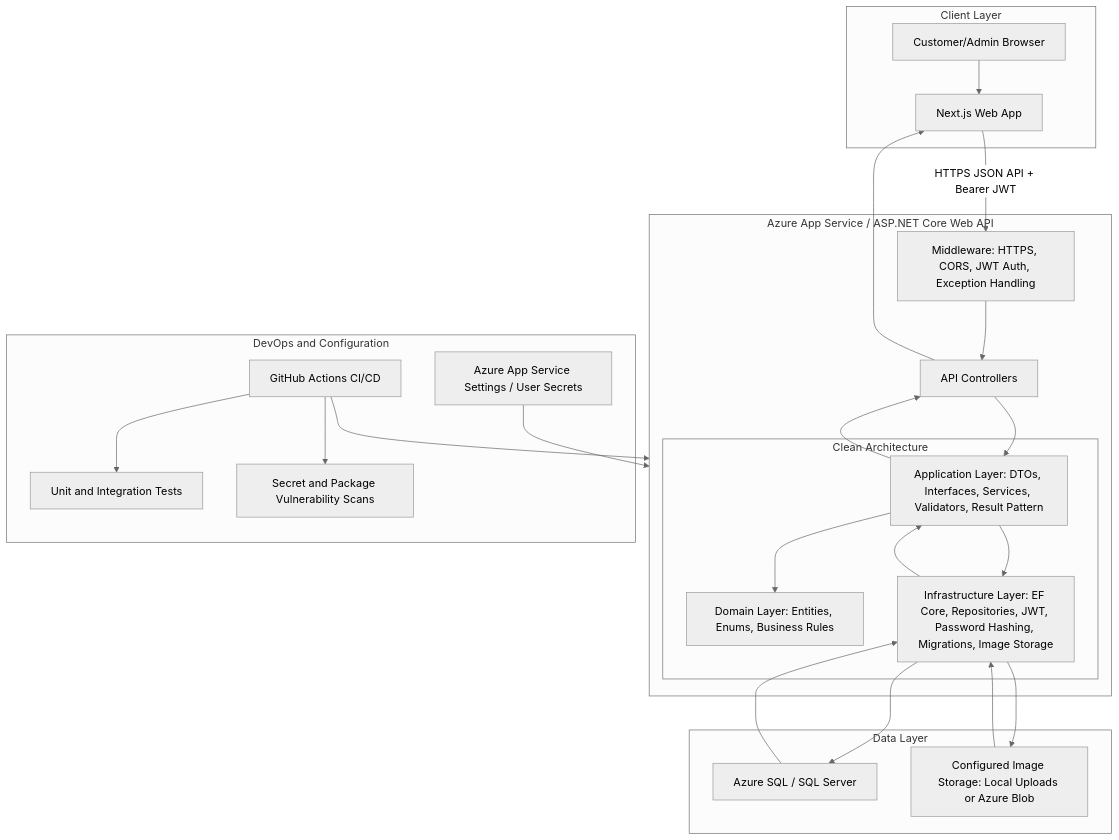
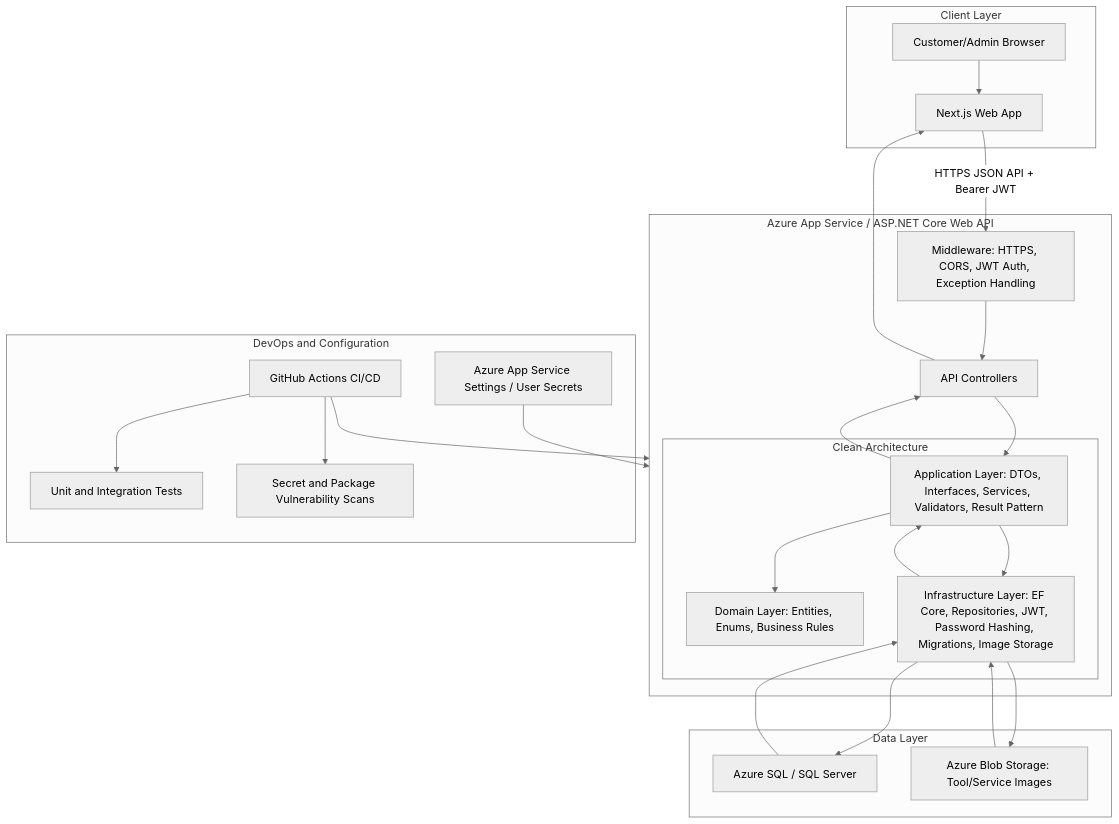
The fifth of 10 diagrams in docs/FUNCTIONAL-DESIGN-DIAGRAMS.md (SEPP-2026/ReviewPortal-API), drawn with Mermaid (neutral theme) before and after one commit. The commit also changed 21 other files, not shown here.

Commit message:
MP-141-Added Azure blob for Image Upload

````diff
--- a/docs/FUNCTIONAL-DESIGN-DIAGRAMS.md
+++ b/docs/FUNCTIONAL-DESIGN-DIAGRAMS.md
@@ -384,49 +384,49 @@
 ```mermaid
 flowchart TB
     subgraph ClientLayer["Client Layer"]
         Browser["Customer/Admin Browser"]
         NextJs["Next.js Web App"]
     end
 
     subgraph ApiHost["Azure App Service / ASP.NET Core Web API"]
         Middleware["Middleware: HTTPS, CORS, JWT Auth, Exception Handling"]
         Controllers["API Controllers"]
 
         subgraph CleanArchitecture["Clean Architecture"]
             Application["Application Layer: DTOs, Interfaces, Services, Validators, Result Pattern"]
             Domain["Domain Layer: Entities, Enums, Business Rules"]
             Infrastructure["Infrastructure Layer: EF Core, Repositories, JWT, Password Hashing, Migrations, Image Storage"]
         end
     end
 
     subgraph DataLayer["Data Layer"]
         SqlServer["Azure SQL / SQL Server"]
-        ImageStorage["Configured Image Storage: Local Uploads or Azure Blob"]
+        ImageStorage["Azure Blob Storage: Tool/Service Images"]
     end
 
     subgraph DevOpsLayer["DevOps and Configuration"]
         GitHubActions["GitHub Actions CI/CD"]
         AppSettings["Azure App Service Settings / User Secrets"]
         Tests["Unit and Integration Tests"]
         SecurityScan["Secret and Package Vulnerability Scans"]
     end
 
     Browser --> NextJs
     NextJs -->|"HTTPS JSON API + Bearer JWT"| Middleware
     Middleware --> Controllers
     Controllers --> Application
     Application --> Domain
     Application --> Infrastructure
     Infrastructure --> SqlServer
     Infrastructure --> ImageStorage
     SqlServer --> Infrastructure
     ImageStorage --> Infrastructure
     Infrastructure --> Application
     Application --> Controllers
     Controllers --> NextJs
 
     AppSettings --> ApiHost
     GitHubActions --> Tests
     GitHubActions --> SecurityScan
     GitHubActions --> ApiHost
 ```
````
